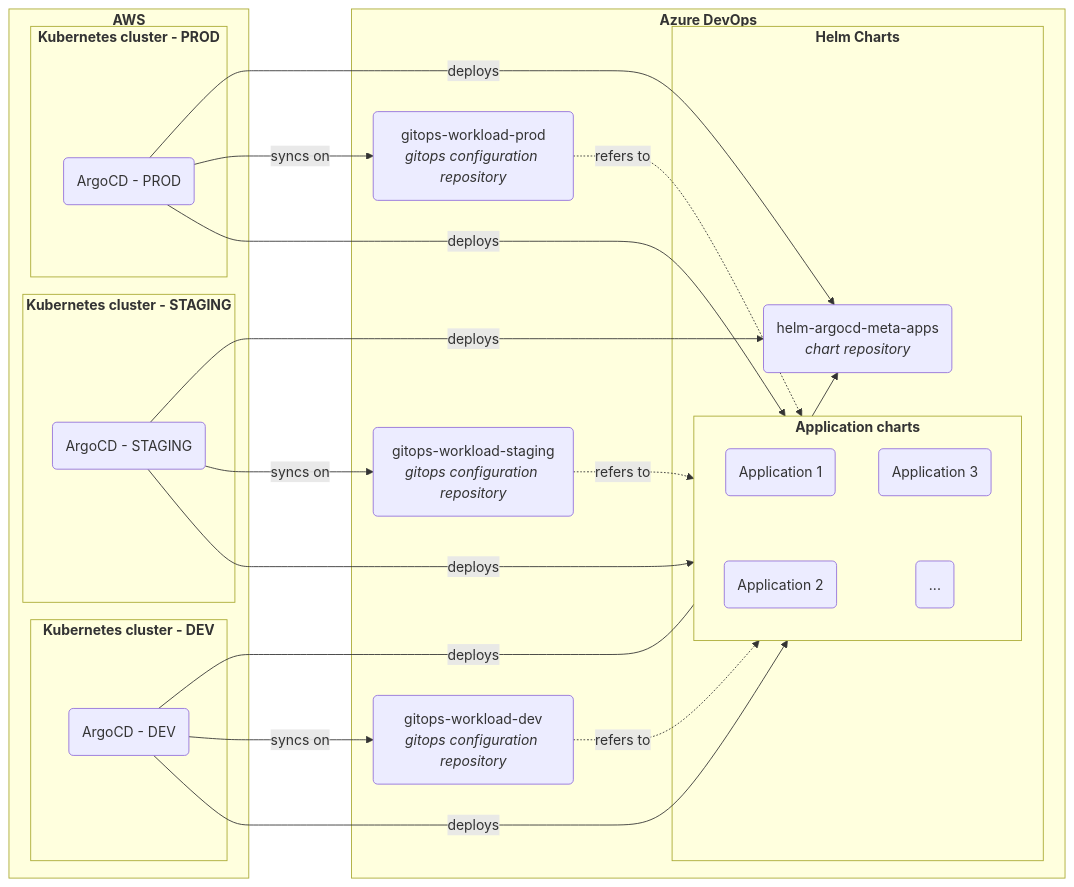
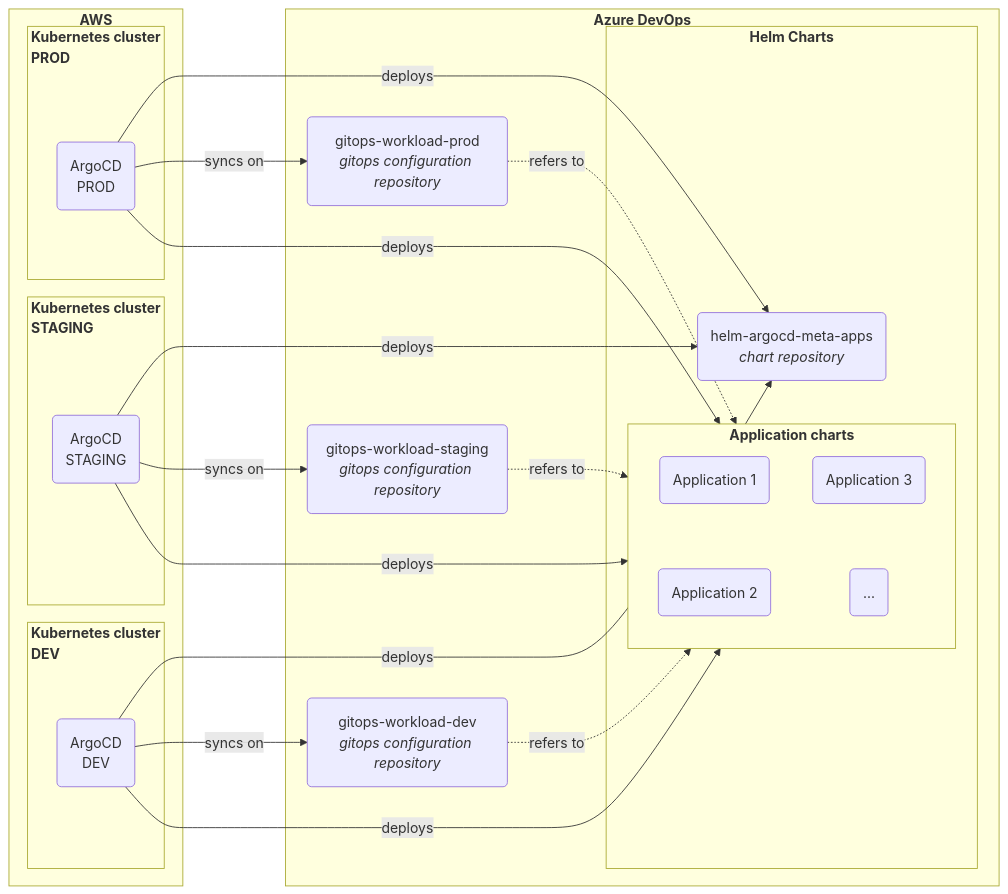
Before and after one commit to robinlioret/cv-en: the second of 2 diagrams in docs/portfolio/kubernetes/gitops-revamp.md, drawn with Mermaid. The commit also changed other lines of this file and 2 other files, not shown here.

````diff
--- a/docs/portfolio/kubernetes/gitops-revamp.md
+++ b/docs/portfolio/kubernetes/gitops-revamp.md
@@ -87,46 +86,46 @@
 ```mermaid
 flowchart LR
     subgraph aws["<b>AWS</b>"]
-        subgraph eks_dev["<b>Kubernetes cluster - DEV</b"]
-          argocd_dev("ArgoCD - DEV")
+        subgraph eks_dev["<b>Kubernetes cluster<br/>DEV</b>"]
+          argocd_dev("ArgoCD<br/>DEV")
         end
-        subgraph eks_stg["<b>Kubernetes cluster - STAGING</b"]
-          argocd_stg("ArgoCD - STAGING")
+        subgraph eks_stg["<b>Kubernetes cluster<br/>STAGING</b>"]
+          argocd_stg("ArgoCD<br/>STAGING")
         end
-        subgraph eks_prd["<b>Kubernetes cluster - PROD</b"]
-          argocd_prd("ArgoCD - PROD")
+        subgraph eks_prd["<b>Kubernetes cluster<br/>PROD</b>"]
+          argocd_prd("ArgoCD<br/>PROD")
         end
     end
 
     subgraph azdo["<b>Azure DevOps</b>"]
         subgraph charts["<b>Helm Charts</b>"]
             meta_workload("helm-argocd-meta-apps<br/><i>chart repository</i>")
 
             subgraph app_charts["<b>Application charts</b>"]
                 app_chart_1("Application 1")
                 app_chart_2("Application 2")
                 app_chart_3("Application 3")
                 app_chart_4("...")
                 app_chart_1 ~~~ app_chart_2
                 app_chart_3 ~~~ app_chart_4
             end
         end
 
         configuration_dev("gitops-workload-dev<br/><i>gitops configuration repository</i>")
         configuration_stg("gitops-workload-staging<br/><i>gitops configuration repository</i>")
         configuration_prd("gitops-workload-prod<br/><i>gitops configuration repository</i>")
         configuration_dev -.->|refers to| app_charts
         configuration_stg -.->|refers to| app_charts
         configuration_prd -.->|refers to| app_charts
     end
 
   argocd_dev -->|deploys| meta_workload
   argocd_dev -->|syncs on| configuration_dev
   argocd_dev -->|deploys| app_charts
   argocd_stg -->|deploys| meta_workload
   argocd_stg -->|syncs on| configuration_stg
   argocd_stg -->|deploys| app_charts
   argocd_prd -->|deploys| meta_workload
   argocd_prd -->|syncs on| configuration_prd
   argocd_prd -->|deploys| app_charts
 ```
````
